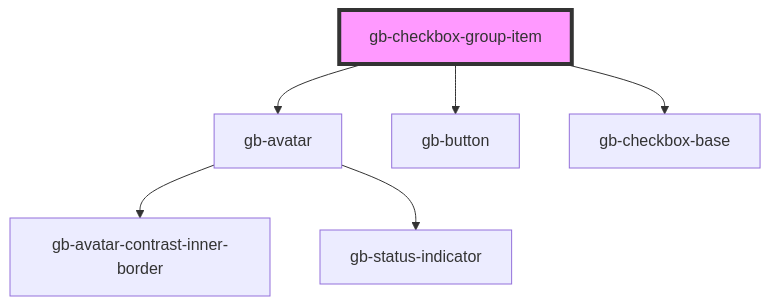
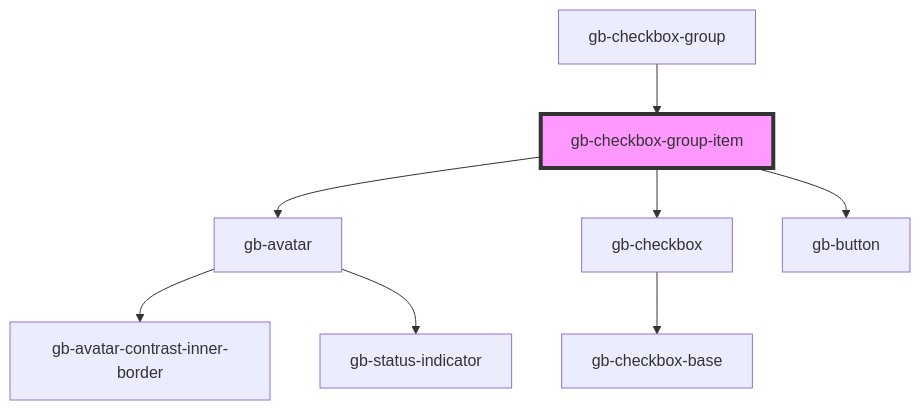
One commit to Emmanuel1858/globusComponent changed the diagram in src/components/gb-checkbox-group-item/readme.md. Above: the diagram before and after it, drawn with Mermaid. The commit also changed other lines of this file and 45 other files, not shown here.

````diff
--- a/src/components/gb-checkbox-group-item/readme.md
+++ b/src/components/gb-checkbox-group-item/readme.md
@@ -29,9 +33,11 @@
 ```mermaid
 graph TD;
   gb-checkbox-group-item --> gb-avatar
+  gb-checkbox-group-item --> gb-checkbox
   gb-checkbox-group-item --> gb-button
-  gb-checkbox-group-item --> gb-checkbox-base
   gb-avatar --> gb-avatar-contrast-inner-border
   gb-avatar --> gb-status-indicator
+  gb-checkbox --> gb-checkbox-base
+  gb-checkbox-group --> gb-checkbox-group-item
   style gb-checkbox-group-item fill:#f9f,stroke:#333,stroke-width:4px
 ```
````
